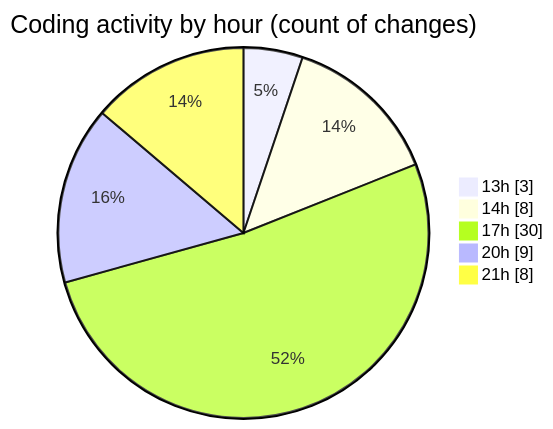
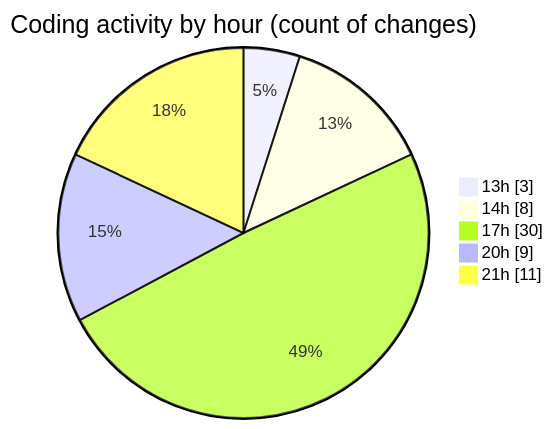
Before and after one commit to NitaiMahat/code-tracking: the second of 2 diagrams in 2025-02-04/recipe-page-main/README.md, drawn with Mermaid. The commit also changed other lines of this file and 1 other file, not shown here.

````diff
--- a/2025-02-04/recipe-page-main/README.md
+++ b/2025-02-04/recipe-page-main/README.md
@@ -30,9 +30,9 @@
 ```mermaid
 pie showData
 title Coding activity by hour (count of changes)
 "13h" : 3
 "14h" : 8
 "17h" : 30
 "20h" : 9
-"21h" : 8
+"21h" : 11
 ```
````
